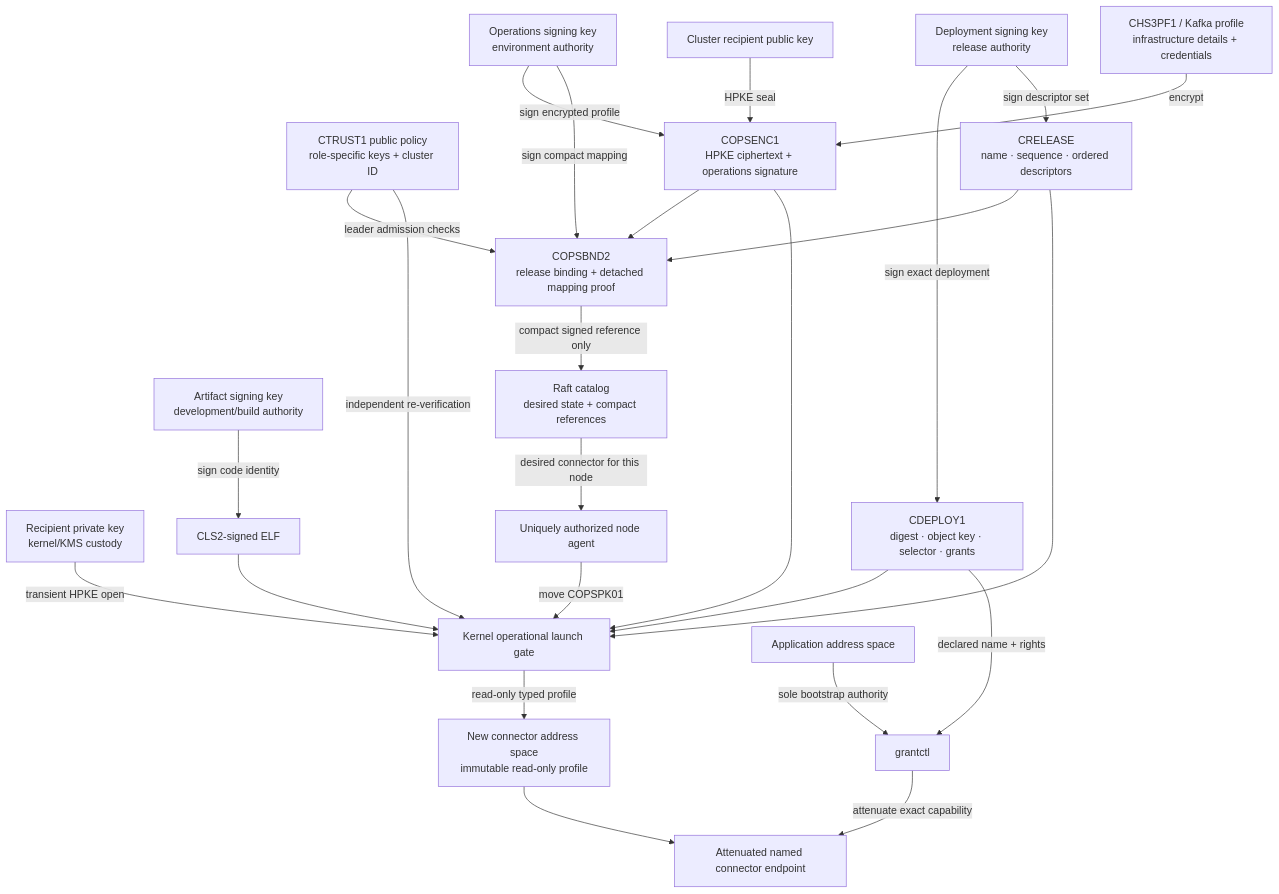
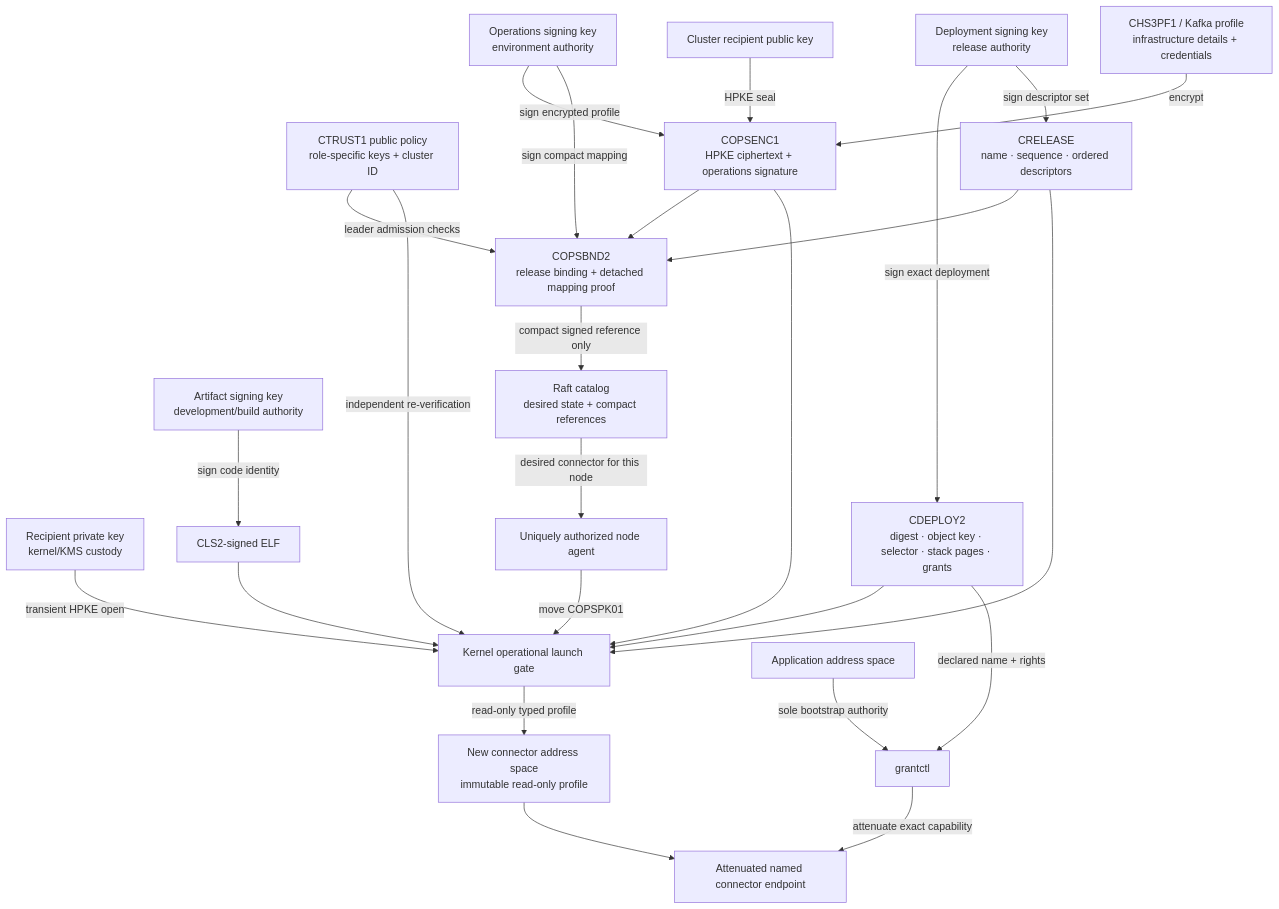
The tenth of 11 diagrams in docs/figures.md (FrodeRanders/charlotte-os), drawn with Mermaid before and after one commit. The commit also changed other lines of this file and 27 other files, not shown here.

````diff
--- a/docs/figures.md
+++ b/docs/figures.md
@@ -442,47 +442,47 @@
 ```mermaid
 flowchart TD
 AK["Artifact signing key<br/>development/build authority"]
 DK["Deployment signing key<br/>release authority"]
 OK["Operations signing key<br/>environment authority"]
 RPK["Cluster recipient public key"]
 RSK["Recipient private key<br/>kernel/KMS custody"]
 TRUST["CTRUST1 public policy<br/>role-specific keys + cluster ID"]
 ELF["CLS2-signed ELF"]
-DESC["CDEPLOY1<br/>digest · object key · selector · grants"]
+DESC["CDEPLOY2<br/>digest · object key · selector · stack pages · grants"]
 REL["CRELEASE<br/>name · sequence · ordered descriptors"]
 PROFILE["CHS3PF1 / Kafka profile<br/>infrastructure details + credentials"]
 ENC["COPSENC1<br/>HPKE ciphertext + operations signature"]
 BUNDLE["COPSBND2<br/>release binding + detached mapping proof"]
 CAT["Raft catalog<br/>desired state + compact references"]
 AGENT["Uniquely authorized node agent"]
 GATE["Kernel operational launch gate"]
 CONNECTOR["New connector address space<br/>immutable read-only profile"]
 DOMAIN["Application address space"]
 GRANT["grantctl"]
 ENDPOINT["Attenuated named connector endpoint"]
 
       AK -->|"sign code identity"| ELF
       DK -->|"sign exact deployment"| DESC
       DK -->|"sign descriptor set"| REL
       RPK -->|"HPKE seal"| ENC
       OK -->|"sign encrypted profile"| ENC
       PROFILE -->|"encrypt"| ENC
       OK -->|"sign compact mapping"| BUNDLE
       REL --> BUNDLE
       ENC --> BUNDLE
       TRUST -->|"leader admission checks"| BUNDLE
       BUNDLE -->|"compact signed reference only"| CAT
       CAT -->|"desired connector for this node"| AGENT
       AGENT -->|"move COPSPK01"| GATE
       TRUST -->|"independent re-verification"| GATE
       RSK -->|"transient HPKE open"| GATE
       ELF --> GATE
       DESC --> GATE
       REL --> GATE
       ENC --> GATE
       GATE -->|"read-only typed profile"| CONNECTOR
       CONNECTOR --> ENDPOINT
       DESC -->|"declared name + rights"| GRANT
       DOMAIN -->|"sole bootstrap authority"| GRANT
       GRANT -->|"attenuate exact capability"| ENDPOINT
 ```
````
